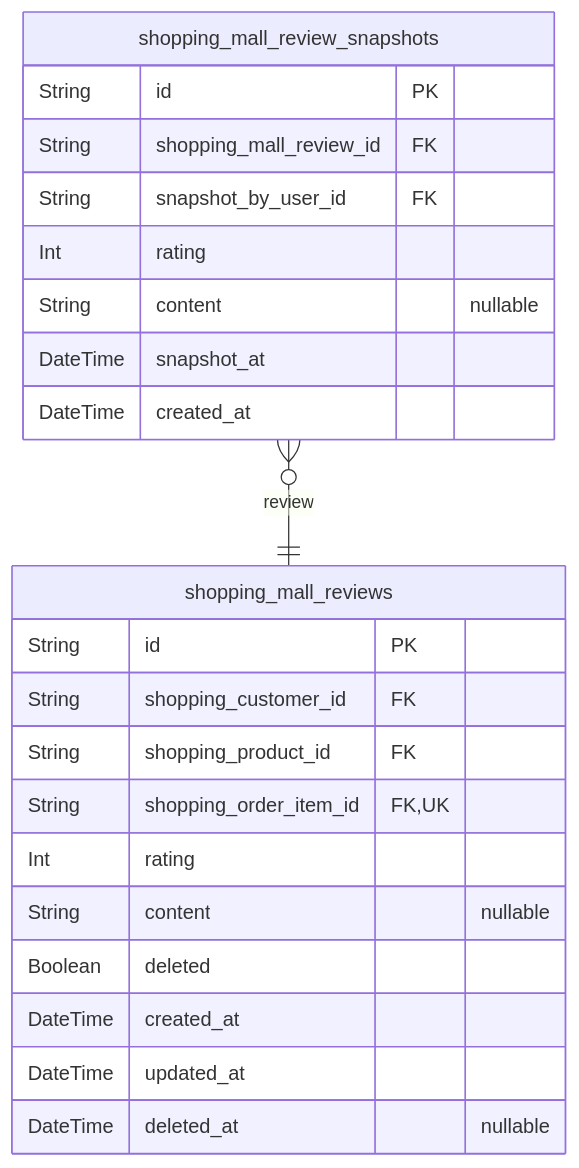
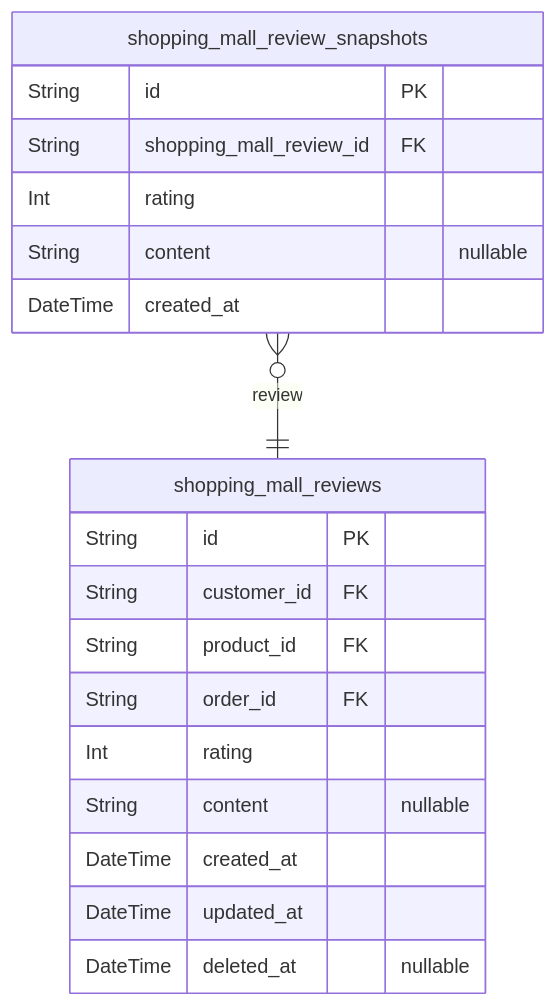
Diagram 11 of 14 in qwen/qwen3.5-397b-a17b/shopping/docs/ERD.md (wrtnlabs/autobe-examples), drawn with Mermaid before and after one commit. The commit also changed other lines of this file and 9017 other files, not shown here.

````diff
--- a/qwen/qwen3.5-397b-a17b/shopping/docs/ERD.md
+++ b/qwen/qwen3.5-397b-a17b/shopping/docs/ERD.md
@@ -1236,25 +1435,22 @@
 ```mermaid
 erDiagram
 "shopping_mall_reviews" {
   String id PK
-  String shopping_customer_id FK
-  String shopping_product_id FK
-  String shopping_order_item_id FK,UK
+  String customer_id FK
+  String product_id FK
+  String order_id FK
   Int rating
   String content "nullable"
-  Boolean deleted
   DateTime created_at
   DateTime updated_at
   DateTime deleted_at "nullable"
 }
 "shopping_mall_review_snapshots" {
   String id PK
   String shopping_mall_review_id FK
-  String snapshot_by_user_id FK
   Int rating
   String content "nullable"
-  DateTime snapshot_at
   DateTime created_at
 }
 "shopping_mall_review_snapshots" }o--|| "shopping_mall_reviews" : review
 ```
````
